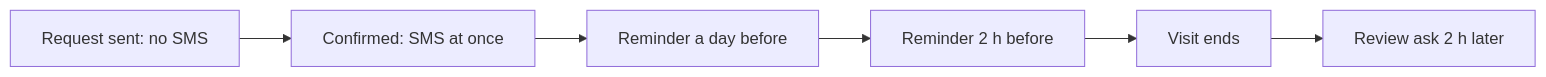
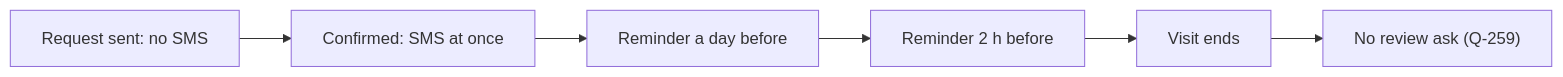
The diagram in docs/product/05-limits.md (azamatos/yeral), drawn with Mermaid before and after one commit. The commit also changed other lines of this file and 21 other files, not shown here.

````diff
--- a/docs/product/05-limits.md
+++ b/docs/product/05-limits.md
@@ -287,8 +327,8 @@
 ```mermaid
 flowchart LR
   A["Request sent: no SMS"] --> B["Confirmed: SMS at once"]
   B --> C["Reminder a day before"]
   C --> D["Reminder 2 h before"]
   D --> E["Visit ends"]
-  E --> F["Review ask 2 h later"]
+  E --> F["No review ask (Q-259)"]
 ```
````
